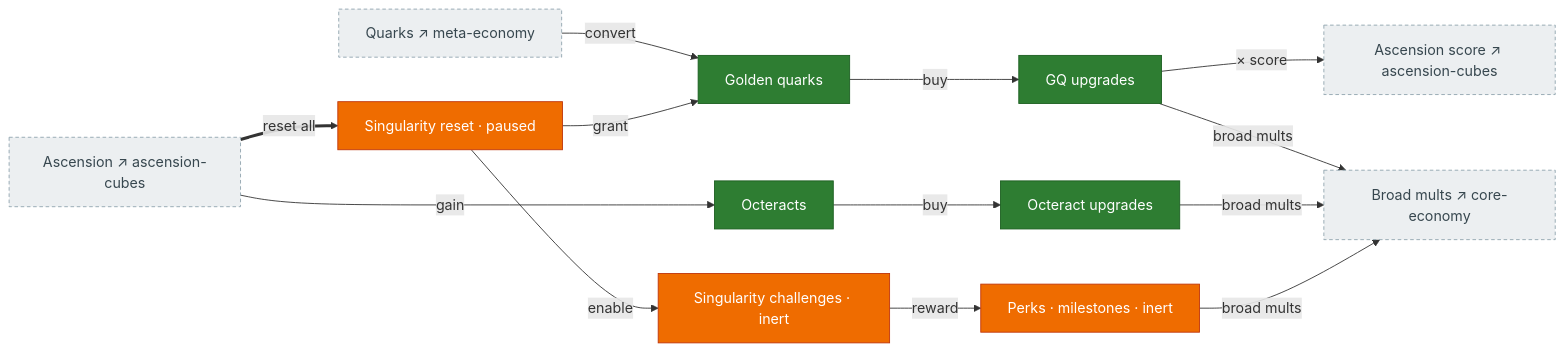
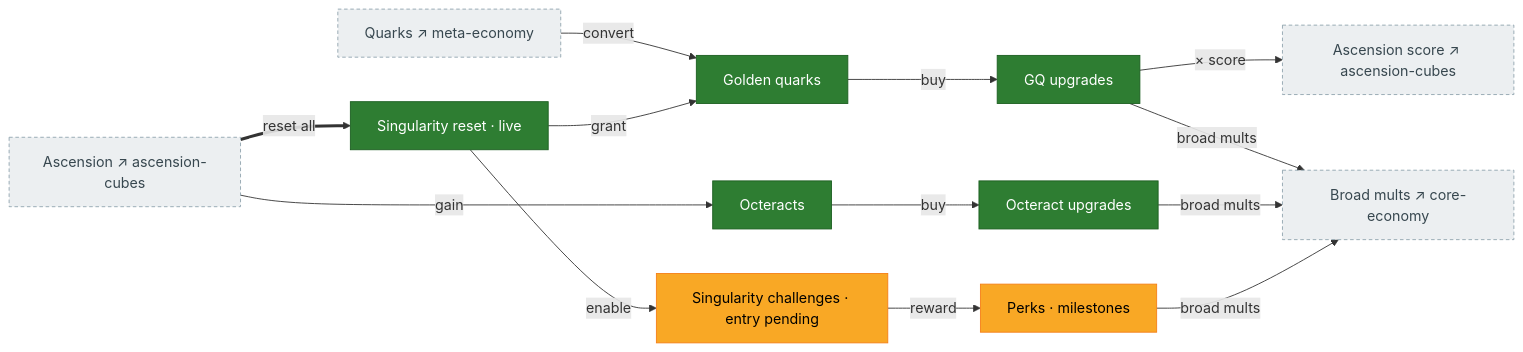
The first of 2 diagrams in docs/systems/singularity-ambrosia.md (MaddisonM79/synergism_forkd), drawn with Mermaid before and after one commit. The commit also changed other lines of this file and 4 other files, not shown here.

First line of the commit message:
docs(systems): re-status singularity (live), quark mult, blueberry, unlocks

````diff
--- a/docs/systems/singularity-ambrosia.md
+++ b/docs/systems/singularity-ambrosia.md
@@ -13,32 +17,33 @@
 ```mermaid
 flowchart LR
   classDef ported fill:#2e7d32,color:#fff,stroke:#1b5e20;
+  classDef partial fill:#f9a825,color:#000,stroke:#f57f17;
   classDef stub fill:#ef6c00,color:#fff,stroke:#bf360c;
   classDef ext fill:#eceff1,color:#37474f,stroke:#90a4ae,stroke-dasharray:4 3;
 
-  singReset["Singularity reset · paused"]:::stub
+  singReset["Singularity reset · live"]:::ported
   goldenQuarks["Golden quarks"]:::ported
   gqUpg["GQ upgrades"]:::ported
   octeracts["Octeracts"]:::ported
   octUpg["Octeract upgrades"]:::ported
-  singChal["Singularity challenges · inert"]:::stub
-  singPerks["Perks · milestones · inert"]:::stub
+  singChal["Singularity challenges · entry pending"]:::partial
+  singPerks["Perks · milestones"]:::partial
 
   asc["Ascension ↗ ascension-cubes"]:::ext
   quarks["Quarks ↗ meta-economy"]:::ext
   score["Ascension score ↗ ascension-cubes"]:::ext
   coins["Broad mults ↗ core-economy"]:::ext
 
   asc ==>|"reset all"| singReset
   quarks -->|"convert"| goldenQuarks
   singReset -->|"grant"| goldenQuarks
   goldenQuarks -->|"buy"| gqUpg
   gqUpg -->|"× score"| score
   gqUpg -->|"broad mults"| coins
   asc -->|"gain"| octeracts
   octeracts -->|"buy"| octUpg
   octUpg -->|"broad mults"| coins
   singReset -->|"enable"| singChal
   singChal -->|"reward"| singPerks
   singPerks -->|"broad mults"| coins
 ```
````
